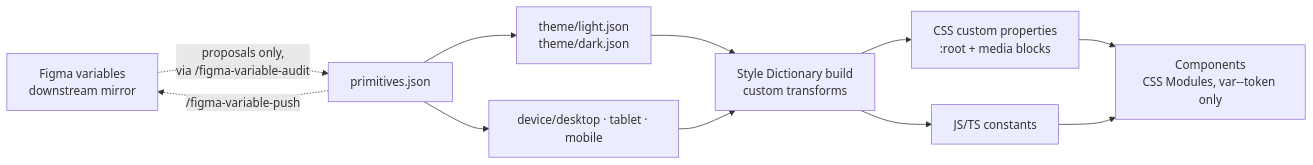
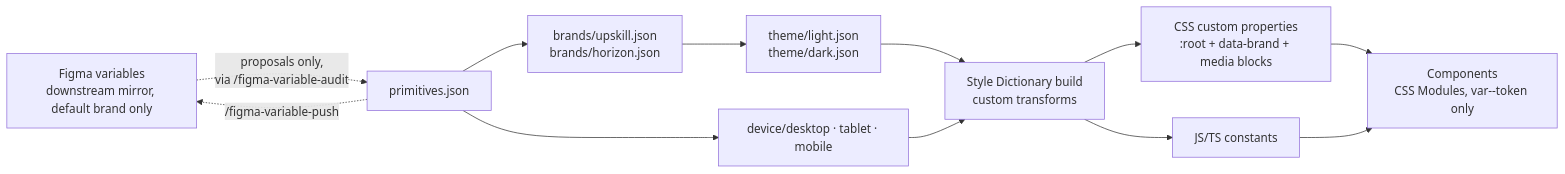
The diagram in docs/01-token-pipeline.md (F4cu/upskill-design-system), drawn with Mermaid before and after one commit. The commit also changed other lines of this file and 1 other file, not shown here.

First line of the commit message:
docs: update token-pipeline reference page for the brand layer

````diff
--- a/docs/01-token-pipeline.md
+++ b/docs/01-token-pipeline.md
@@ -66,13 +73,14 @@
 ```mermaid
 flowchart LR
-    F[Figma variables<br/>downstream mirror] -.->|proposals only,<br/>via /figma-variable-audit| P
-    P[primitives.json] --> T[theme/light.json<br/>theme/dark.json]
+    F[Figma variables<br/>downstream mirror, default brand only] -.->|proposals only,<br/>via /figma-variable-audit| P
+    P[primitives.json] --> B[brands/upskill.json<br/>brands/horizon.json]
+    B --> T[theme/light.json<br/>theme/dark.json]
     P --> D[device/desktop · tablet · mobile]
     T --> SD[Style Dictionary build<br/>custom transforms]
     D --> SD
-    SD --> CSS[CSS custom properties<br/>:root + media blocks]
+    SD --> CSS[CSS custom properties<br/>:root + data-brand + media blocks]
     SD --> JS[JS/TS constants]
     CSS --> C[Components<br/>CSS Modules, var--token only]
     JS --> C
     P -.->|/figma-variable-push| F
 ```
````
